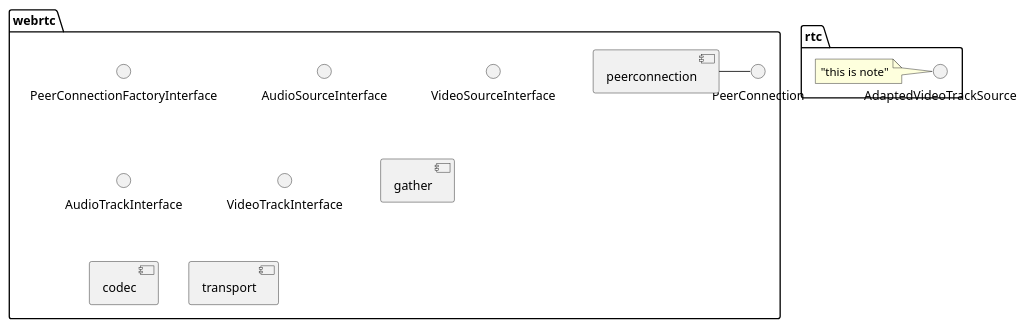
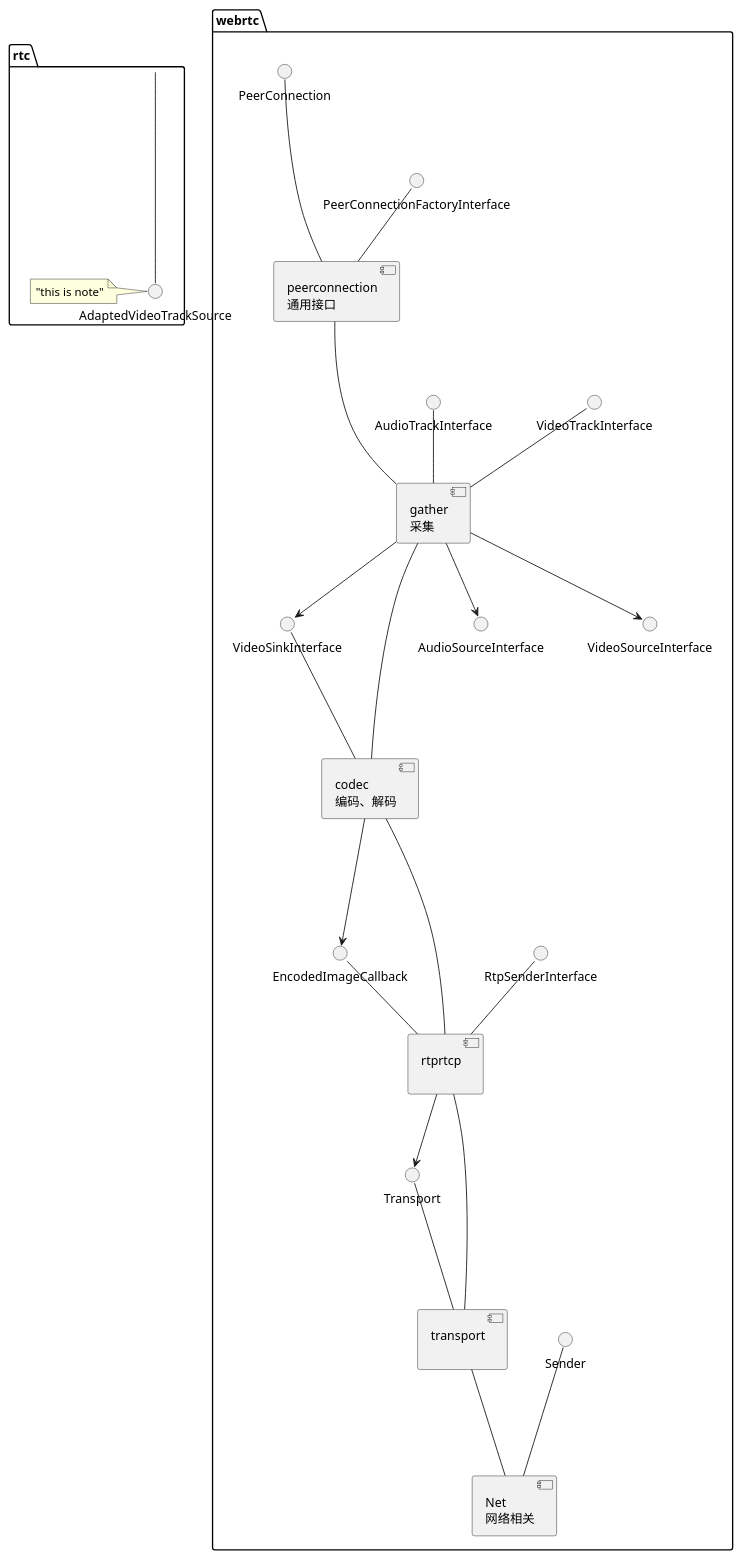
Before and after one commit to mingxin505/webrtcNote: the diagram in webrtc_chrome/component.md, drawn with PlantUML. The commit also changed other lines of this file and 7 other files, not shown here.

````diff
--- a/webrtc_chrome/component.md
+++ b/webrtc_chrome/component.md
@@ -3,22 +3,53 @@
 ```plantuml
 @startuml
 package webrtc {
-    () PeerConnection
-    () PeerConnectionFactoryInterface
-    () AudioSourceInterface
-    () VideoSourceInterface
-    () AudioTrackInterface
-    () VideoTrackInterface
+    component peerconnection [peerconnection
+        通用接口
+    ] 
+    component gather [gather
+    采集
+    ] 
+    component codec [codec
+        编码、解码
+    ] 
+    component rtprtcp [rtprtcp
 
-    [gather]
-    [codec]
-    [transport]
-    [peerconnection] - PeerConnection
+    ] 
+    component transport [transport
+
+    ]
+    component net [Net
+        网络相关
+    ]
+    peerconnection --down- gather
+    gather --down- codec
+    codec --down-- rtprtcp
+    rtprtcp --down- transport
+    transport --down- net
+
+    [peerconnection] --up- PeerConnection
+    [peerconnection] -up- PeerConnectionFactoryInterface
+
+    [gather] -->  AudioSourceInterface 
+    [gather] -->  VideoSourceInterface
+    [gather] --> VideoSinkInterface
+    [gather] -up-  AudioTrackInterface
+    [gather] -up-  VideoTrackInterface
+
+    [codec] -up-- VideoSinkInterface
+    [codec] ---> EncodedImageCallback
+
+    [rtprtcp] -up- RtpSenderInterface
+    [rtprtcp] -up- EncodedImageCallback
+    [rtprtcp] --> Transport
+    [transport] --up- Transport
+
+    [net] --up- Sender
 }
 package rtc {
-    () AdaptedVideoTrackSource 
+    [rtc] --- AdaptedVideoTrackSource 
     note left: "this is note"
 }
 
 @enduml
 ```
````
